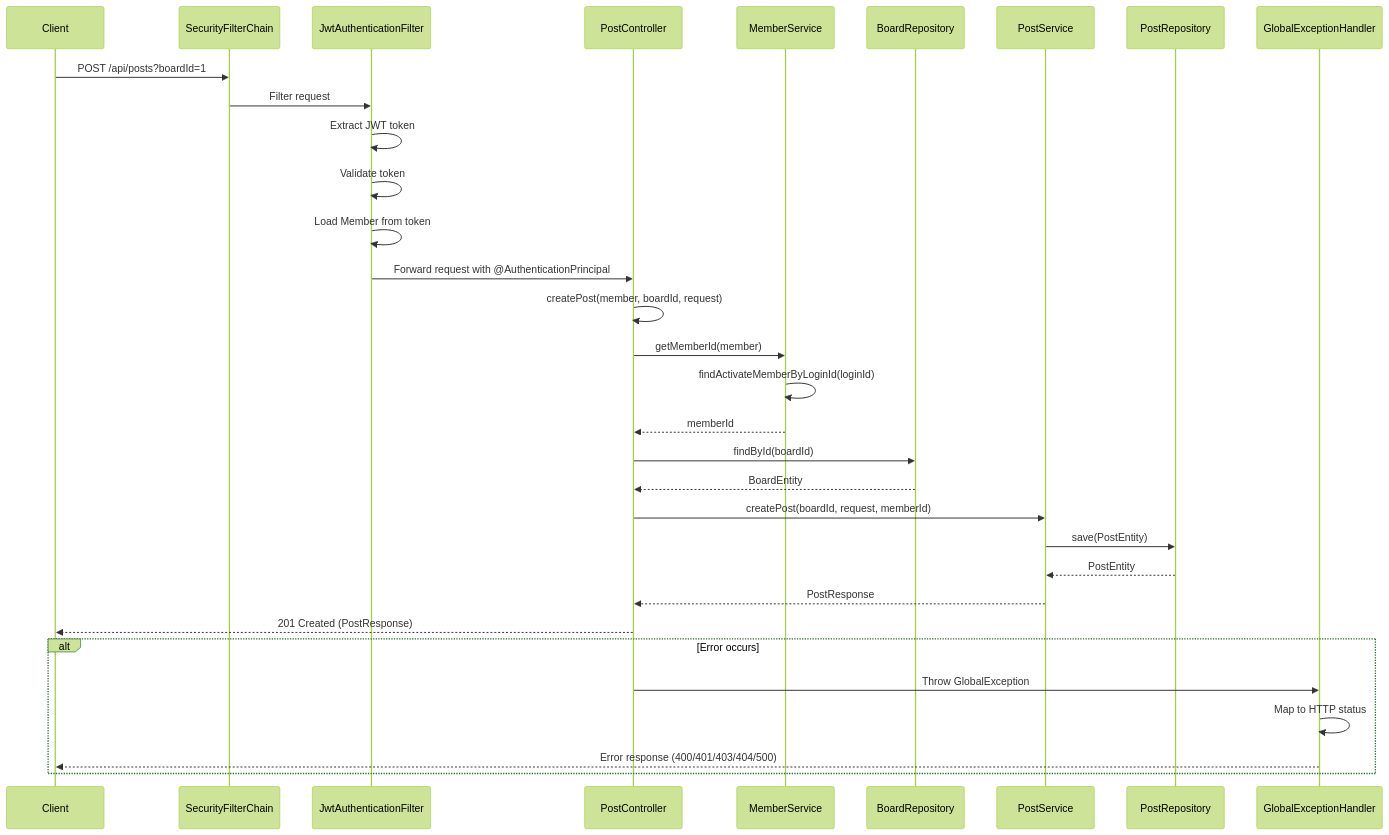
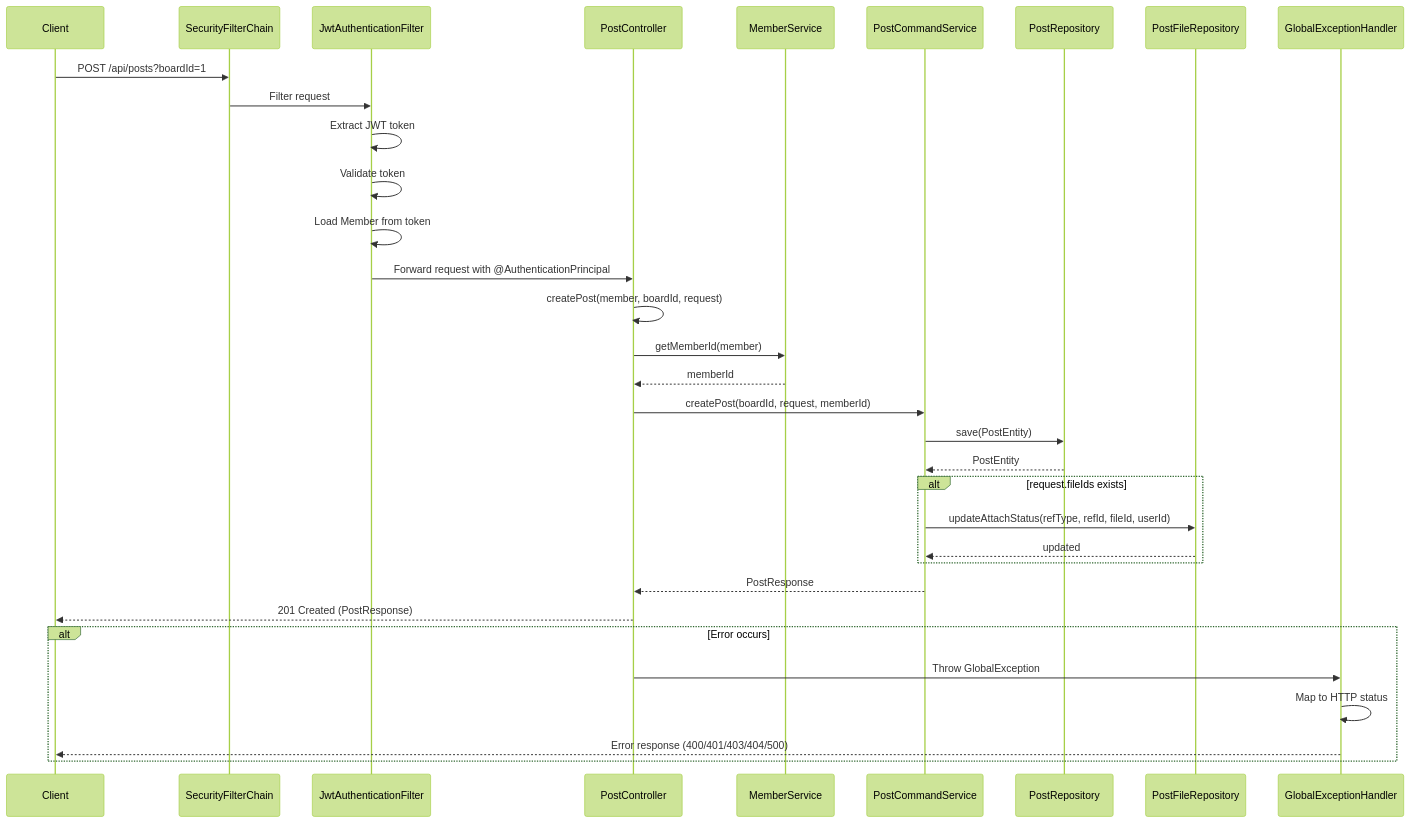
One commit to RKS-t/JungleBook changed the diagram in doc/post/PostController/createPost-sequence.md. Above: the diagram before and after it, drawn with Mermaid (forest theme). The commit also changed 18 other files, not shown here.

First line of the commit message:
docs: update Mermaid charts for CQRS services

````diff
--- a/doc/post/PostController/createPost-sequence.md
+++ b/doc/post/PostController/createPost-sequence.md
@@ -3,40 +3,40 @@
 ```mermaid
 sequenceDiagram
     participant Client
     participant SecurityFilterChain
     participant JwtAuthenticationFilter
     participant PostController
     participant MemberService
-    participant BoardRepository
-    participant PostService
+    participant PostCommandService
     participant PostRepository
+    participant PostFileRepository
     participant GlobalExceptionHandler
     
     Client->>SecurityFilterChain: POST /api/posts?boardId=1
     SecurityFilterChain->>JwtAuthenticationFilter: Filter request
     JwtAuthenticationFilter->>JwtAuthenticationFilter: Extract JWT token
     JwtAuthenticationFilter->>JwtAuthenticationFilter: Validate token
     JwtAuthenticationFilter->>JwtAuthenticationFilter: Load Member from token
     JwtAuthenticationFilter->>PostController: Forward request with @AuthenticationPrincipal
     
     PostController->>PostController: createPost(member, boardId, request)
     PostController->>MemberService: getMemberId(member)
-    MemberService->>MemberService: findActivateMemberByLoginId(loginId)
     MemberService-->>PostController: memberId
     
-    PostController->>BoardRepository: findById(boardId)
-    BoardRepository-->>PostController: BoardEntity
-    
-    PostController->>PostService: createPost(boardId, request, memberId)
-    PostService->>PostRepository: save(PostEntity)
-    PostRepository-->>PostService: PostEntity
-    PostService-->>PostController: PostResponse
+    PostController->>PostCommandService: createPost(boardId, request, memberId)
+    PostCommandService->>PostRepository: save(PostEntity)
+    PostRepository-->>PostCommandService: PostEntity
+    alt request.fileIds exists
+        PostCommandService->>PostFileRepository: updateAttachStatus(refType, refId, fileId, userId)
+        PostFileRepository-->>PostCommandService: updated
+    end
+    PostCommandService-->>PostController: PostResponse
     
     PostController-->>Client: 201 Created (PostResponse)
     
     alt Error occurs
         PostController->>GlobalExceptionHandler: Throw GlobalException
         GlobalExceptionHandler->>GlobalExceptionHandler: Map to HTTP status
         GlobalExceptionHandler-->>Client: Error response (400/401/403/404/500)
     end
 ```
````
